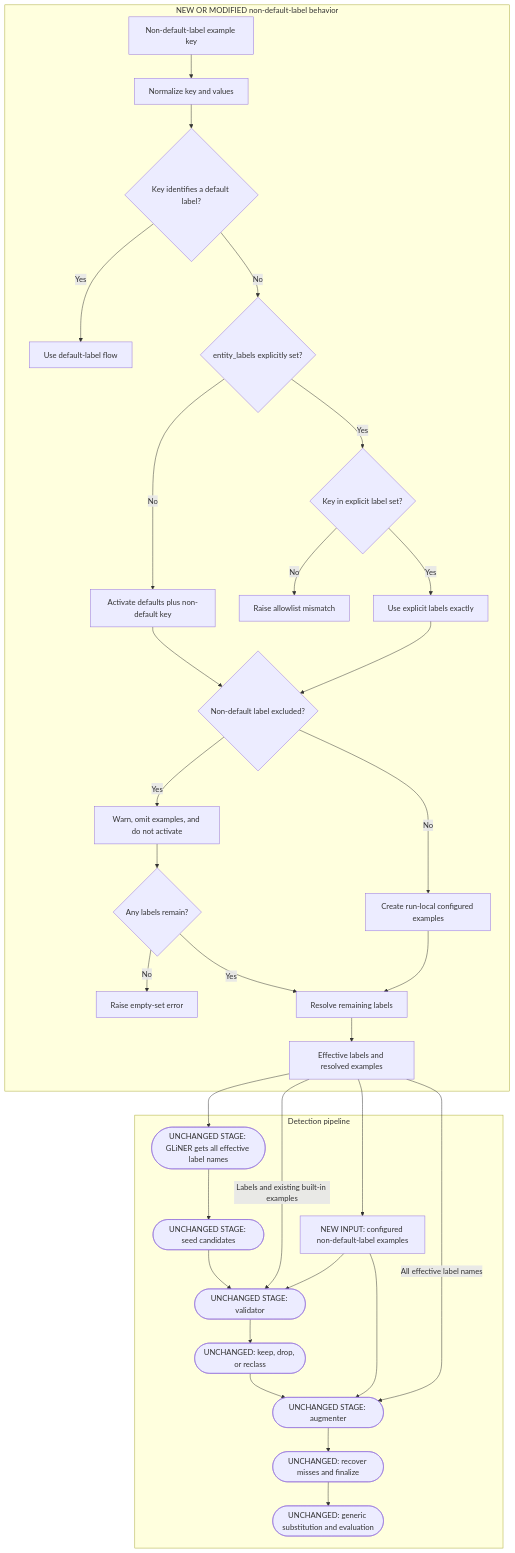
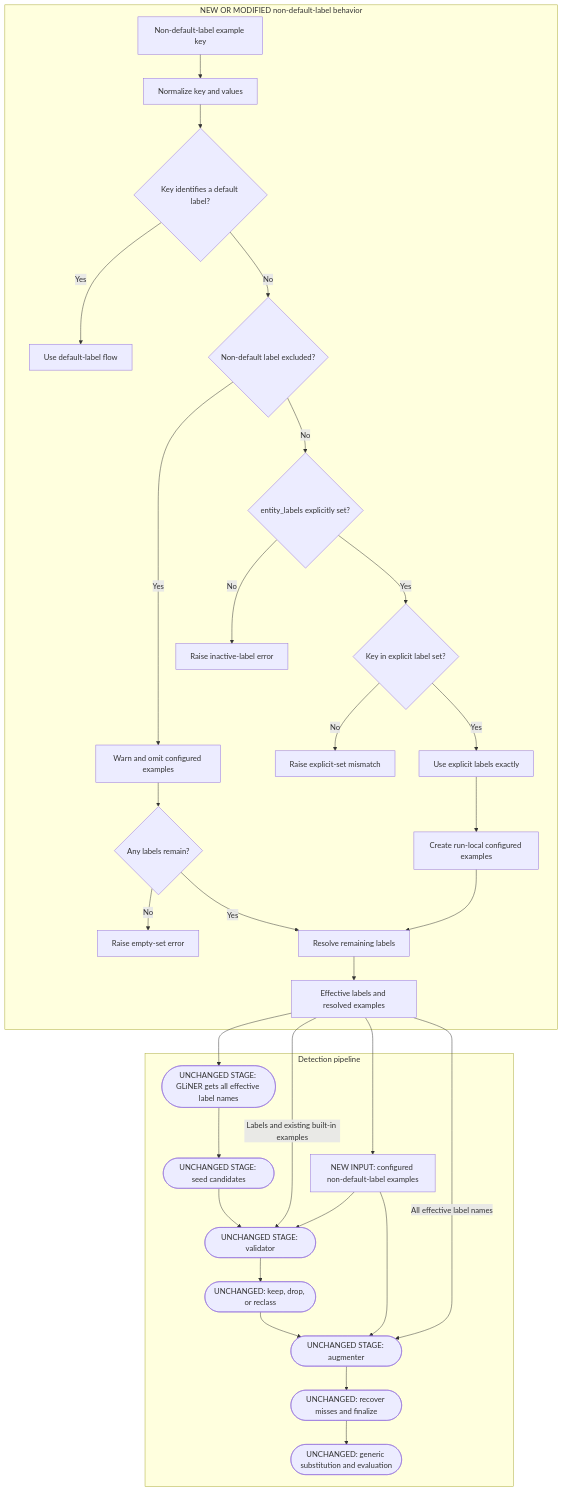
One commit to NVIDIA-NeMo/Anonymizer changed the second of 3 diagrams in plans/259-add-entity-label-examples.md. Above: the diagram before and after it, drawn with Mermaid. The commit also changed other lines of this file and 24 other files, not shown here.

Commit message:
update conditions for non-default entity labels and examples

````diff
--- a/plans/259-add-entity-label-examples.md
+++ b/plans/259-add-entity-label-examples.md
@@ -164,37 +166,36 @@
 ```mermaid
 flowchart TB
     subgraph nonDefaultConfig [NEW OR MODIFIED non-default-label behavior]
         NonDefaultStart["Non-default-label example key"] --> NonDefaultNormalize["Normalize key and values"]
         NonDefaultNormalize --> NonDefaultKnown{"Key identifies a default label?"}
         NonDefaultKnown -->|"Yes"| NonDefaultBuiltIn["Use default-label flow"]
-        NonDefaultKnown -->|"No"| NonDefaultExplicit{"entity_labels explicitly set?"}
-        NonDefaultExplicit -->|"No"| NonDefaultAuto["Activate defaults plus non-default key"]
-        NonDefaultExplicit -->|"Yes"| NonDefaultListed{"Key in explicit label set?"}
-        NonDefaultListed -->|"No"| NonDefaultMismatch["Raise allowlist mismatch"]
-        NonDefaultListed -->|"Yes"| NonDefaultSelected["Use explicit labels exactly"]
-        NonDefaultAuto --> NonDefaultExcluded{"Non-default label excluded?"}
-        NonDefaultSelected --> NonDefaultExcluded
-        NonDefaultExcluded -->|"Yes"| NonDefaultWarn["Warn, omit examples, and do not activate"]
+        NonDefaultKnown -->|"No"| NonDefaultExcluded{"Non-default label excluded?"}
+        NonDefaultExcluded -->|"Yes"| NonDefaultWarn["Warn and omit configured examples"]
         NonDefaultWarn --> NonDefaultRemaining{"Any labels remain?"}
         NonDefaultRemaining -->|"No"| NonDefaultEmpty["Raise empty-set error"]
         NonDefaultRemaining -->|"Yes"| NonDefaultResolve["Resolve remaining labels"]
-        NonDefaultExcluded -->|"No"| NonDefaultExamples["Create run-local configured examples"]
+        NonDefaultExcluded -->|"No"| NonDefaultExplicit{"entity_labels explicitly set?"}
+        NonDefaultExplicit -->|"No"| NonDefaultInactive["Raise inactive-label error"]
+        NonDefaultExplicit -->|"Yes"| NonDefaultListed{"Key in explicit label set?"}
+        NonDefaultListed -->|"No"| NonDefaultMismatch["Raise explicit-set mismatch"]
+        NonDefaultListed -->|"Yes"| NonDefaultSelected["Use explicit labels exactly"]
+        NonDefaultSelected --> NonDefaultExamples["Create run-local configured examples"]
         NonDefaultExamples --> NonDefaultResolve
         NonDefaultResolve --> NonDefaultOntology["Effective labels and resolved examples"]
     end
 
     subgraph nonDefaultPipeline [Detection pipeline]
         NonDefaultOntology --> NonDefaultGliner(["UNCHANGED STAGE: GLiNER gets all effective label names"])
         NonDefaultGliner --> NonDefaultCandidates(["UNCHANGED STAGE: seed candidates"])
         NonDefaultOntology -->|"Labels and existing built-in examples"| NonDefaultValidator(["UNCHANGED STAGE: validator"])
         NonDefaultOntology --> NonDefaultConfigured["NEW INPUT: configured non-default-label examples"]
         NonDefaultConfigured --> NonDefaultValidator
         NonDefaultCandidates --> NonDefaultValidator
         NonDefaultValidator --> NonDefaultDecisions(["UNCHANGED: keep, drop, or reclass"])
         NonDefaultOntology -->|"All effective label names"| NonDefaultAugmenter(["UNCHANGED STAGE: augmenter"])
         NonDefaultConfigured --> NonDefaultAugmenter
         NonDefaultDecisions --> NonDefaultAugmenter
         NonDefaultAugmenter --> NonDefaultFinal(["UNCHANGED: recover misses and finalize"])
         NonDefaultFinal --> NonDefaultDownstream(["UNCHANGED: generic substitution and evaluation"])
     end
 ```
````
